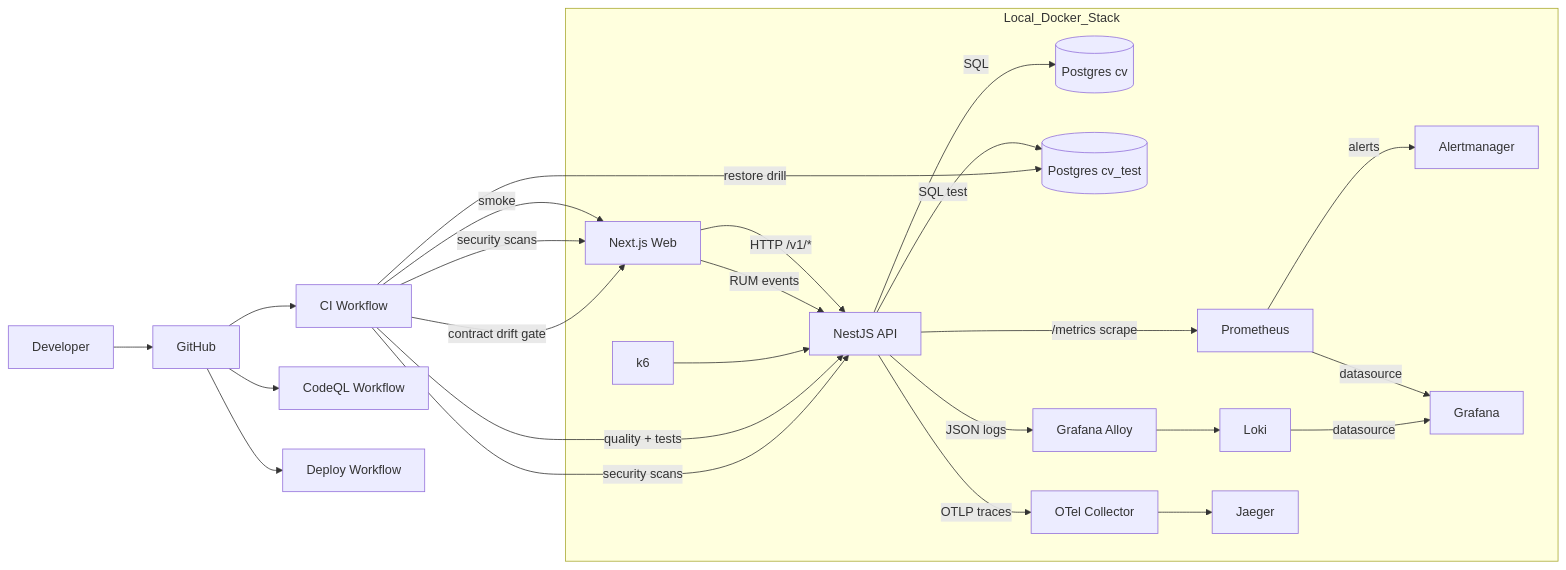
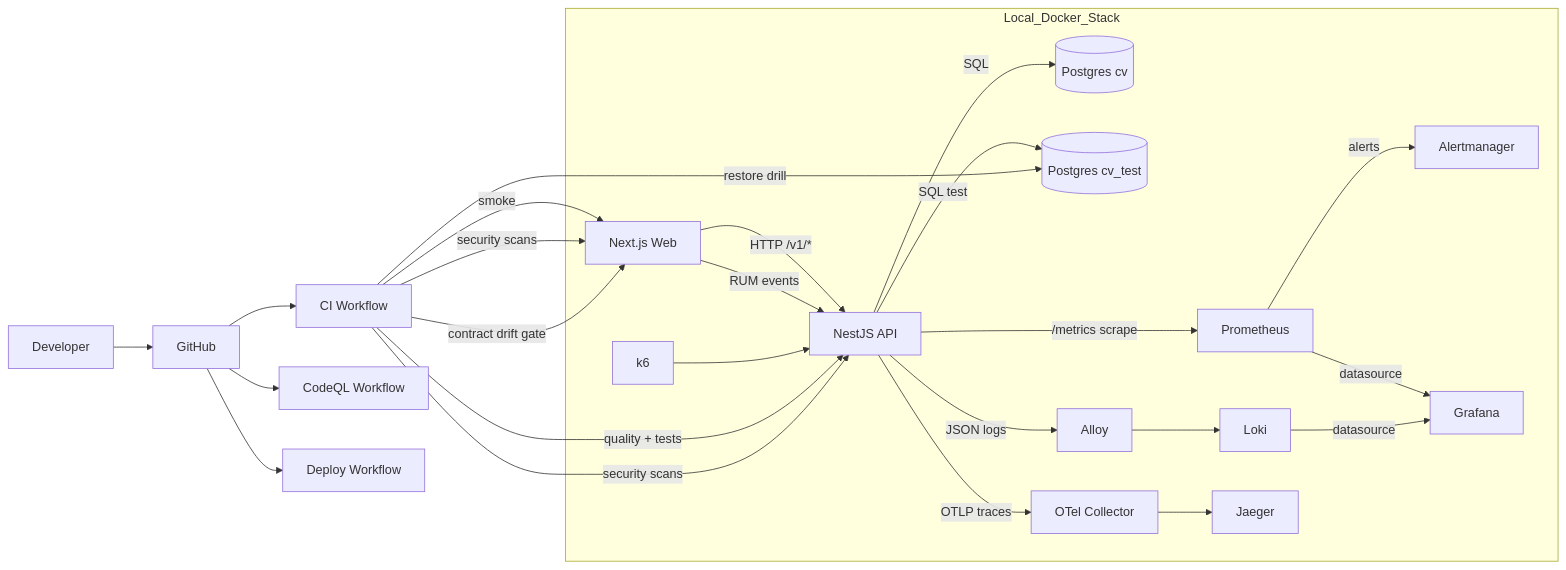
Before and after one commit to zigorlsp7/cv: the diagram in docs/skeleton-wrapup.md, drawn with Mermaid. The commit also changed other lines of this file and 28 other files, not shown here.

````diff
--- a/docs/skeleton-wrapup.md
+++ b/docs/skeleton-wrapup.md
@@ -20,48 +20,48 @@
 ```mermaid
 flowchart LR
   Dev[Developer] --> GH[GitHub]
   GH --> CI[CI Workflow]
   GH --> CodeQL[CodeQL Workflow]
   GH --> Deploy[Deploy Workflow]
 
   subgraph Local_Docker_Stack
     Web[Next.js Web]
     API[NestJS API]
     DB[(Postgres cv)]
     DBT[(Postgres cv_test)]
     Prom[Prometheus]
     AM[Alertmanager]
     Gra[Grafana]
     Loki[Loki]
-    Alloy[Grafana Alloy]
+    Alloy[Alloy]
     OTel[OTel Collector]
     Jae[Jaeger]
     K6[k6]
   end
 
   Web -->|HTTP /v1/*| API
   Web -->|RUM events| API
 
   API -->|SQL| DB
   API -->|SQL test| DBT
 
   API -->|/metrics scrape| Prom
   Prom -->|alerts| AM
   Prom -->|datasource| Gra
 
   API -->|JSON logs| Alloy
   Alloy --> Loki
   Loki -->|datasource| Gra
 
   API -->|OTLP traces| OTel
   OTel --> Jae
 
   K6 --> API
 
   CI -->|quality + tests| API
   CI -->|smoke| Web
   CI -->|security scans| API
   CI -->|security scans| Web
   CI -->|contract drift gate| Web
   CI -->|restore drill| DBT
 ```
````
